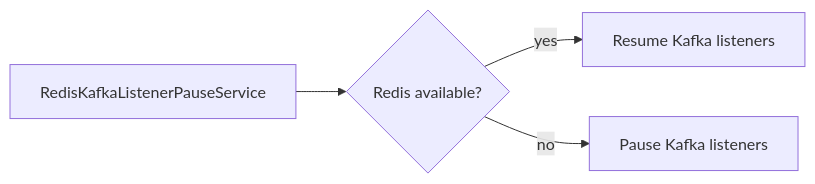
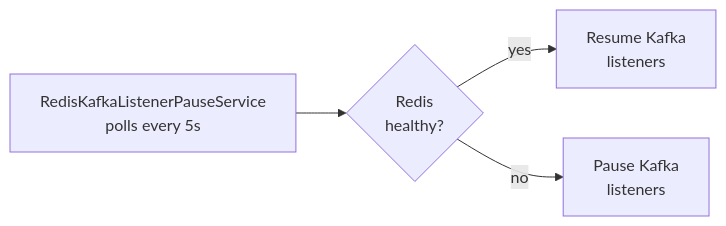
The ninth of 10 diagrams in Readme.md (harshithrao07/distributed-scheduler), drawn with Mermaid before and after one commit. The commit also changed other lines of this file, not shown here.

````diff
--- a/Readme.md
+++ b/Readme.md
@@ -222,6 +273,6 @@
 ```mermaid
 flowchart LR
-    monitor["RedisKafkaListenerPauseService"] --> check{"Redis available?"}
-    check -->|yes| resume["Resume Kafka listeners"]
-    check -->|no| pause["Pause Kafka listeners"]
+    A["RedisKafkaListenerPauseService<br/>polls every 5s"] --> B{"Redis<br/>healthy?"}
+    B -->|yes| C["Resume Kafka<br/>listeners"]
+    B -->|no| D["Pause Kafka<br/>listeners"]
 ```
````
